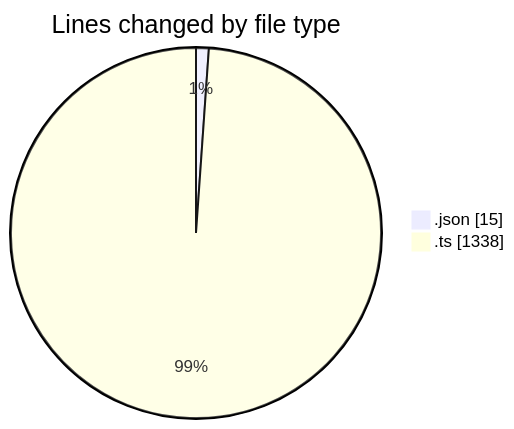
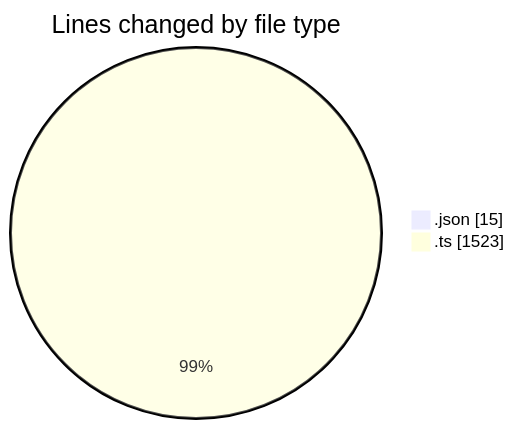
Before and after one commit to tmsrecording-cyber/code-tracking: the first of 2 diagrams in 2026-02-01/singularitybrainai/README.md, drawn with Mermaid. The commit also changed other lines of this file and 1 other file, not shown here.

````diff
--- a/2026-02-01/singularitybrainai/README.md
+++ b/2026-02-01/singularitybrainai/README.md
@@ -22,6 +22,6 @@
 ```mermaid
 pie showData
 title Lines changed by file type
 ".json" : 15
-".ts" : 1338
+".ts" : 1523
 ```
````
